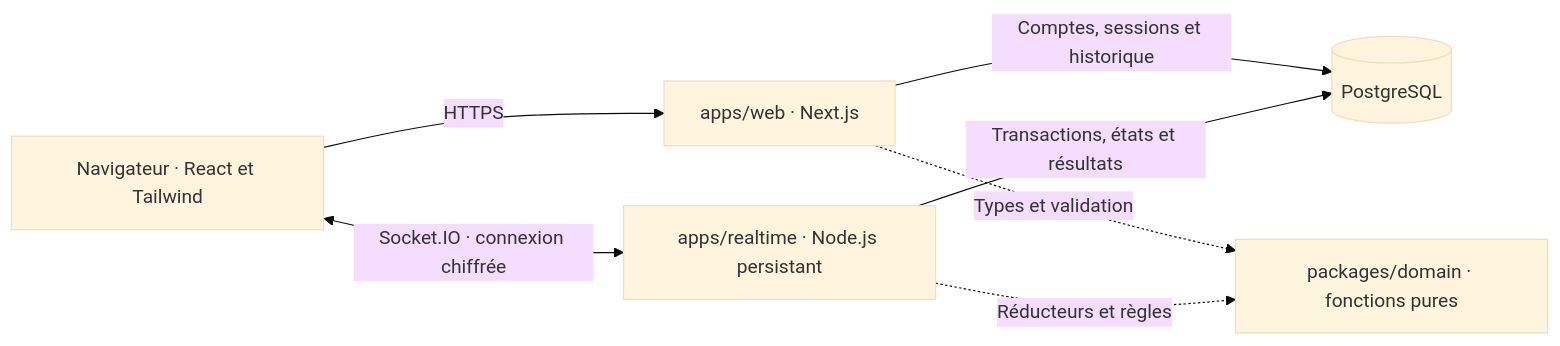
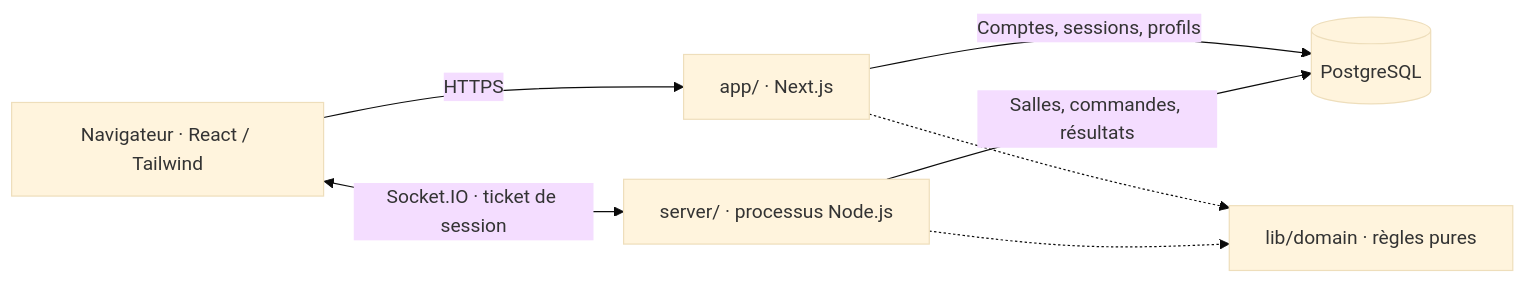
One commit to Cedrickkouek/typulso changed the diagram in docs/05-architecture.md. Above: the diagram before and after it, drawn with Mermaid (base theme). The commit also changed other lines of this file and 24 other files, not shown here.

````diff
--- a/docs/05-architecture.md
+++ b/docs/05-architecture.md
@@ -15,9 +11,9 @@
 ```mermaid
 flowchart LR
-    B["Navigateur · React et Tailwind"] -->|HTTPS| W["apps/web · Next.js"]
-    B <-->|"Socket.IO · connexion chiffrée"| R["apps/realtime · Node.js persistant"]
-    W -->|"Comptes, sessions et historique"| P[(PostgreSQL)]
-    R -->|"Transactions, états et résultats"| P
-    W -. "Types et validation" .-> D["packages/domain · fonctions pures"]
-    R -. "Réducteurs et règles" .-> D
+    B["Navigateur · React / Tailwind"] -->|HTTPS| W["app/ · Next.js"]
+    B <-->|"Socket.IO · ticket de session"| R["server/ · processus Node.js"]
+    W -->|"Comptes, sessions, profils"| P[(PostgreSQL)]
+    R -->|"Salles, commandes, résultats"| P
+    W -.-> D["lib/domain · règles pures"]
+    R -.-> D
 ```
````
